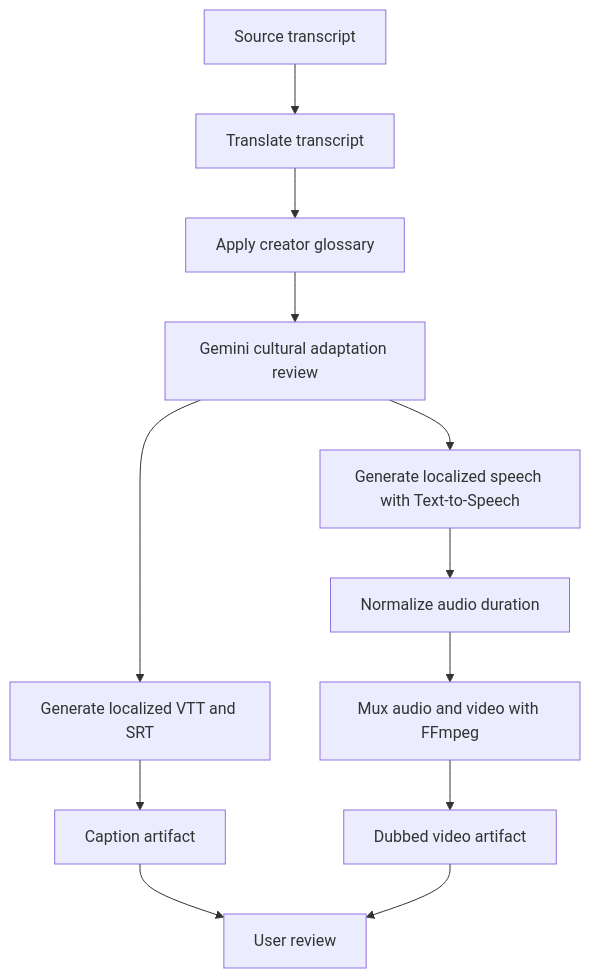
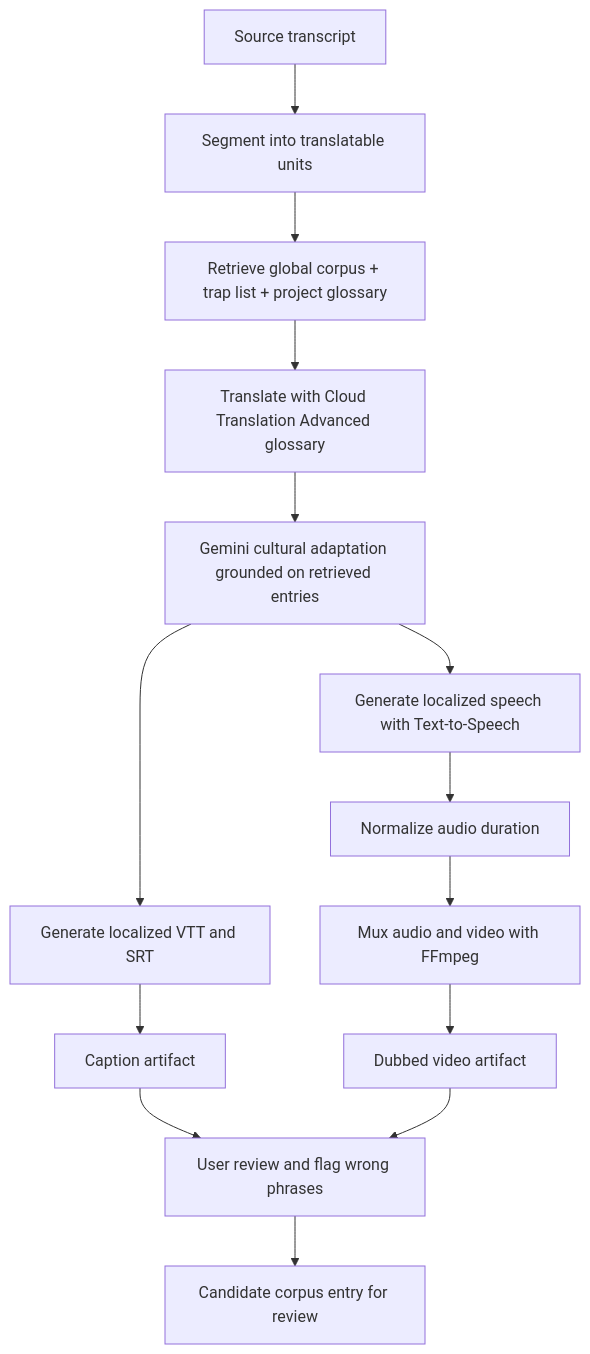
Before and after one commit to Saad-Surve/aibuildercup: the ninth of 17 diagrams in docs/technical-design/diagrams.md, drawn with Mermaid. The commit also changed other lines of this file and 9 other files, not shown here.

```diff
--- a/docs/technical-design/diagrams.md
+++ b/docs/technical-design/diagrams.md
@@ -223,14 +230,16 @@
 ~~~mermaid
 flowchart TD
-    A[Source transcript] --> B[Translate transcript]
-    B --> C[Apply creator glossary]
-    C --> D[Gemini cultural adaptation review]
+    A[Source transcript] --> B[Segment into translatable units]
+    B --> R[Retrieve global corpus + trap list + project glossary]
+    R --> C[Translate with Cloud Translation Advanced glossary]
+    C --> D[Gemini cultural adaptation grounded on retrieved entries]
     D --> E[Generate localized VTT and SRT]
     D --> F[Generate localized speech with Text-to-Speech]
     F --> G[Normalize audio duration]
     G --> H[Mux audio and video with FFmpeg]
     E --> I[Caption artifact]
     H --> J[Dubbed video artifact]
-    I --> K[User review]
+    I --> K[User review and flag wrong phrases]
     J --> K
+    K --> L[Candidate corpus entry for review]
 ~~~
```
